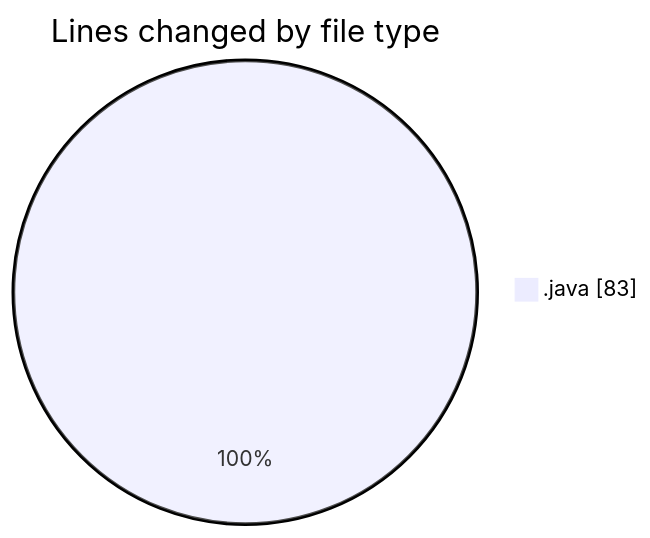
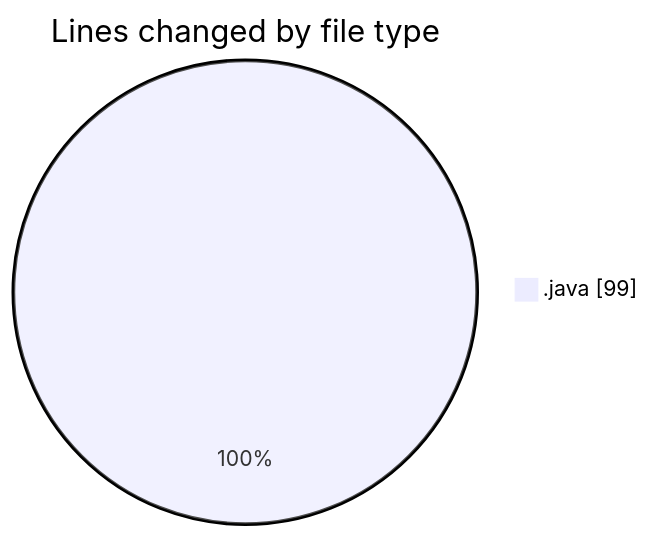
Before and after one commit to NitaiMahat/code-tracking: the first of 2 diagrams in 2025-02-24/day09-random-string/README.md, drawn with Mermaid. The commit also changed other lines of this file and 1 other file, not shown here.

````diff
--- a/2025-02-24/day09-random-string/README.md
+++ b/2025-02-24/day09-random-string/README.md
@@ -21,5 +22,5 @@
 ```mermaid
 pie showData
 title Lines changed by file type
-".java" : 83
+".java" : 99
 ```
````
